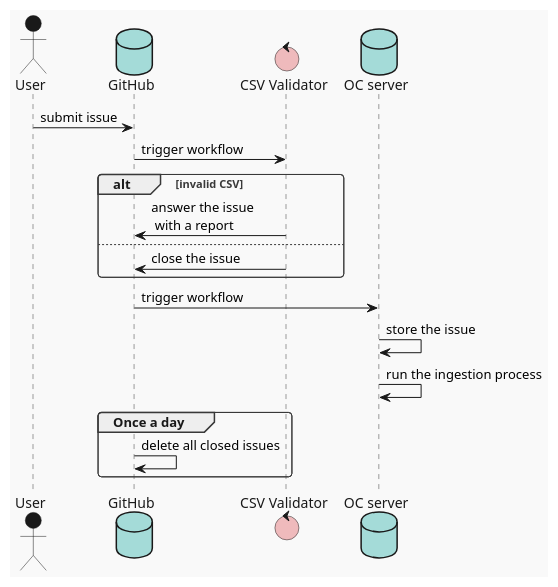
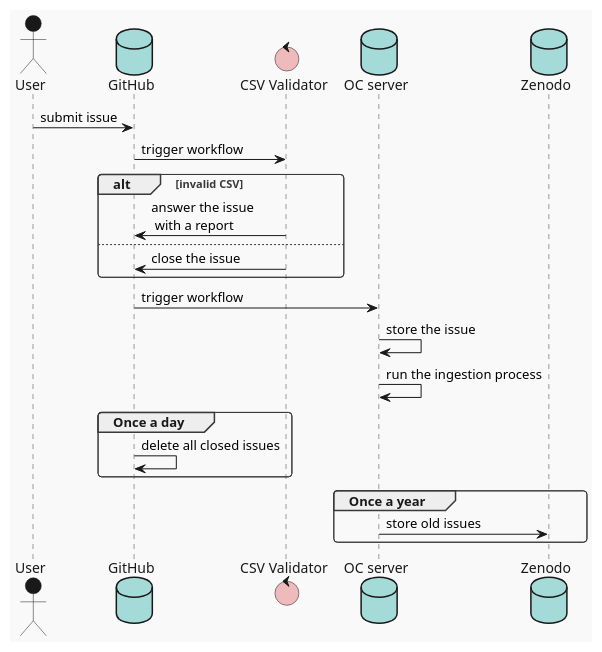
One commit to opencitations/crowdsourcing changed the diagram in docs/workflow.plantuml. Above: the diagram before and after it, drawn with PlantUML.

Commit message:
workflow v1.1.0

```diff
--- a/docs/workflow.plantuml
+++ b/docs/workflow.plantuml
@@ -1,21 +1,25 @@
 @startuml
 !theme mars
 actor User
 database GitHub
 control "CSV Validator"
 database "OC server"
+database Zenodo
 
 User -> GitHub: submit issue
 GitHub -> "CSV Validator": trigger workflow
 alt invalid CSV
 "CSV Validator" -> GitHub: answer the issue \n with a report 
 else
 "CSV Validator" -> GitHub: close the issue
 end
 GitHub -> "OC server": trigger workflow
 "OC server" -> "OC server": store the issue
 "OC server" -> "OC server": run the ingestion process
 group Once a day
 GitHub -> GitHub: delete all closed issues
 end
+group Once a year
+"OC server" -> Zenodo: store old issues
+end
 @enduml
```
